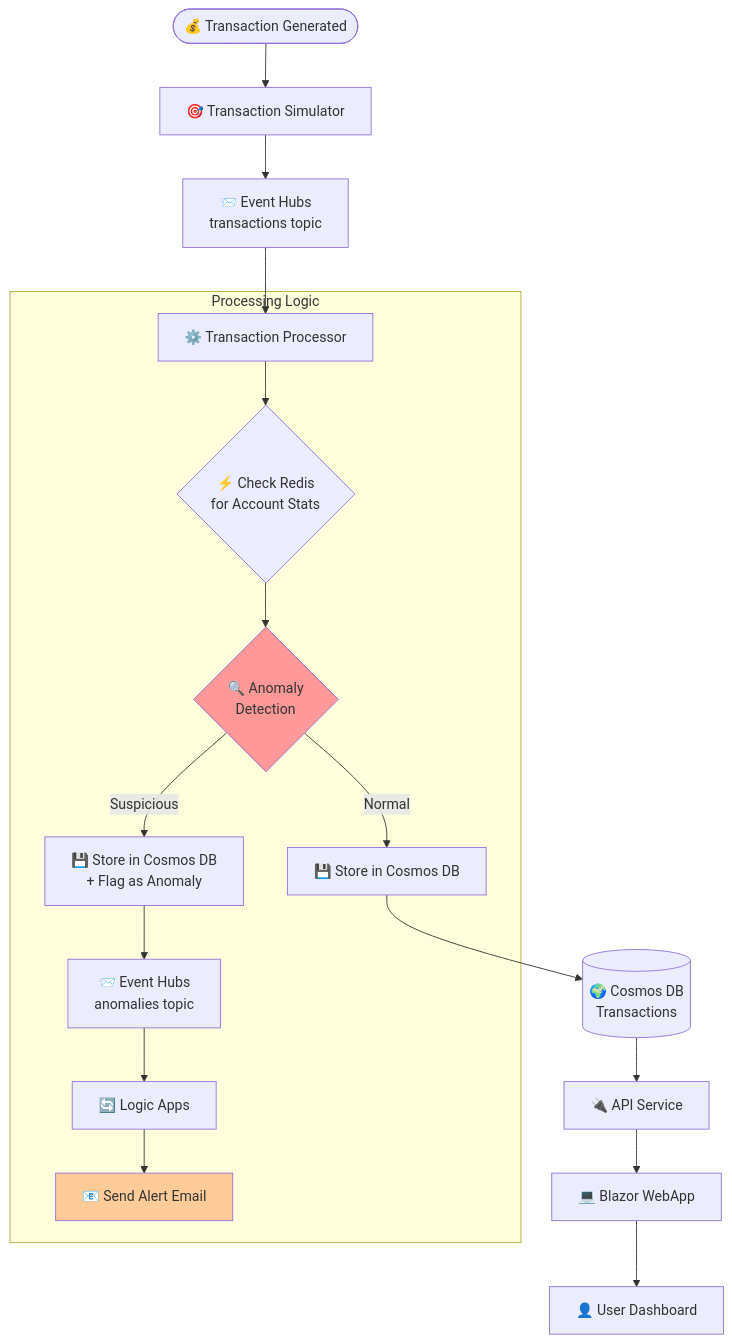
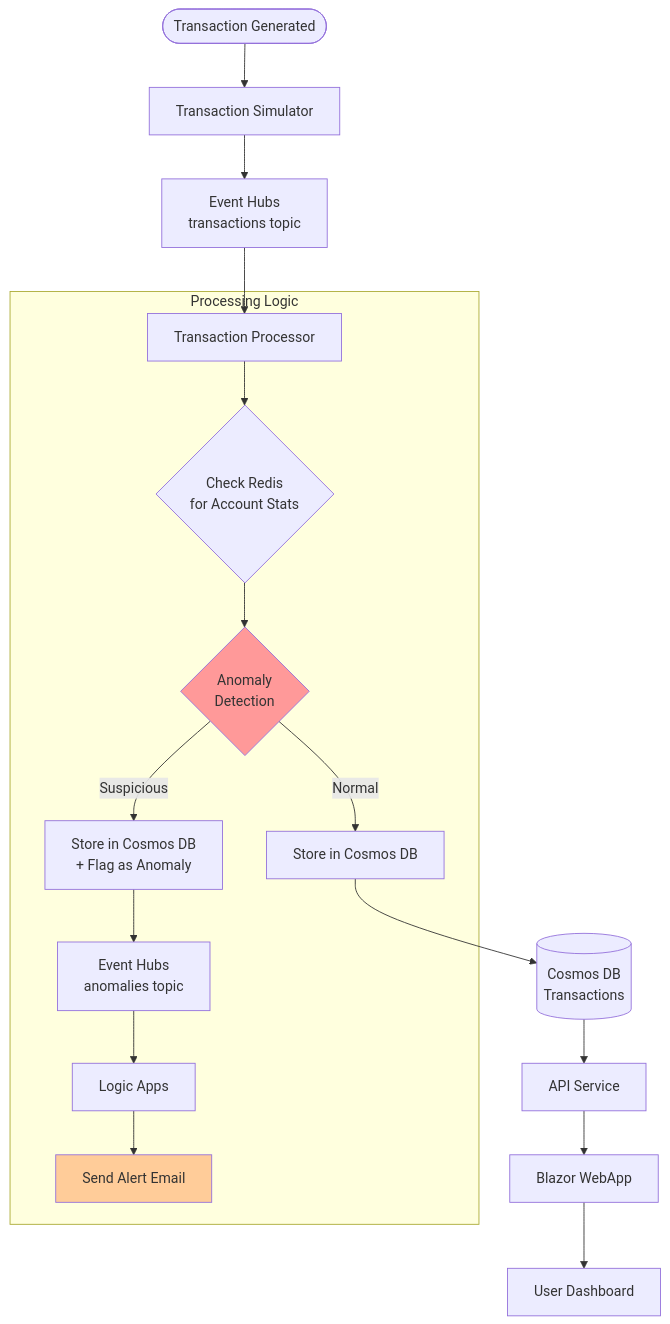
Before and after one commit to JonathanHidalgoN/RealTimeTransactionMonitoring: the fourth of 4 diagrams in README.md, drawn with Mermaid. The commit also changed other lines of this file, not shown here.

Commit message:
Improve readme diagram

````diff
--- a/README.md
+++ b/README.md
@@ -124,24 +144,24 @@
 ```mermaid
 graph TD
-    START([💰 Transaction Generated]) --> SIM[🎯 Transaction Simulator]
-    SIM --> EH1[📨 Event Hubs<br/>transactions topic]
-    EH1 --> PROC[⚙️ Transaction Processor]
+    START([Transaction Generated]) --> SIM[Transaction Simulator]
+    SIM --> EH1[Event Hubs<br/>transactions topic]
+    EH1 --> PROC[Transaction Processor]
     
     subgraph "Processing Logic"
-        PROC --> REDIS{⚡ Check Redis<br/>for Account Stats}
-        REDIS --> ANOMALY_CHECK{🔍 Anomaly<br/>Detection}
-        ANOMALY_CHECK -->|Normal| STORE1[💾 Store in Cosmos DB]
-        ANOMALY_CHECK -->|Suspicious| STORE2[💾 Store in Cosmos DB<br/>+ Flag as Anomaly]
-        STORE2 --> EH2[📨 Event Hubs<br/>anomalies topic]
-        EH2 --> LOGIC[🔄 Logic Apps]
-        LOGIC --> EMAIL[📧 Send Alert Email]
+        PROC --> REDIS{Check Redis<br/>for Account Stats}
+        REDIS --> ANOMALY_CHECK{Anomaly<br/>Detection}
+        ANOMALY_CHECK -->|Normal| STORE1[Store in Cosmos DB]
+        ANOMALY_CHECK -->|Suspicious| STORE2[Store in Cosmos DB<br/>+ Flag as Anomaly]
+        STORE2 --> EH2[Event Hubs<br/>anomalies topic]
+        EH2 --> LOGIC[Logic Apps]
+        LOGIC --> EMAIL[Send Alert Email]
     end
     
-    STORE1 --> DB[(🌍 Cosmos DB<br/>Transactions)]
-    DB --> API[🔌 API Service]
-    API --> UI[💻 Blazor WebApp]
-    UI --> USER[👤 User Dashboard]
+    STORE1 --> DB[(Cosmos DB<br/>Transactions)]
+    DB --> API[API Service]
+    API --> UI[Blazor WebApp]
+    UI --> USER[User Dashboard]
     
     style ANOMALY_CHECK fill:#ff9999
     style EMAIL fill:#ffcc99
 ```
````
